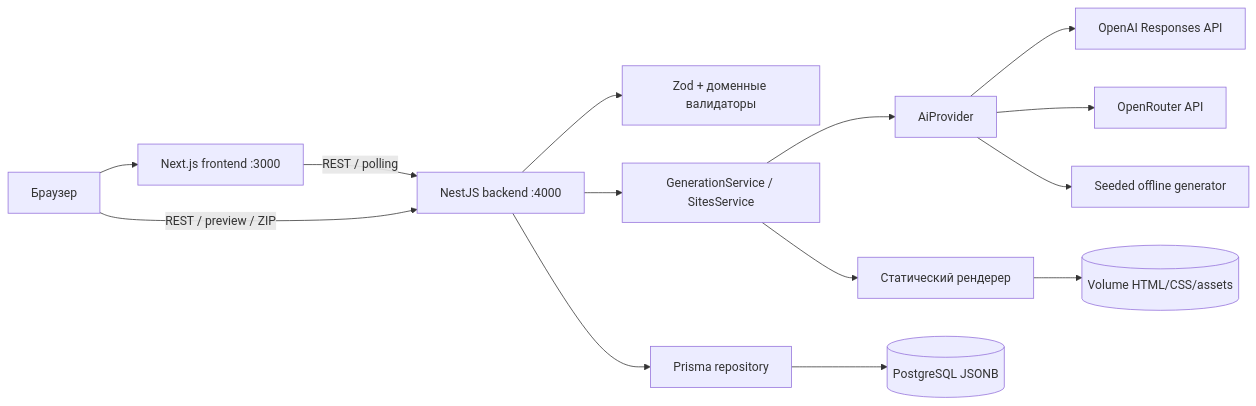
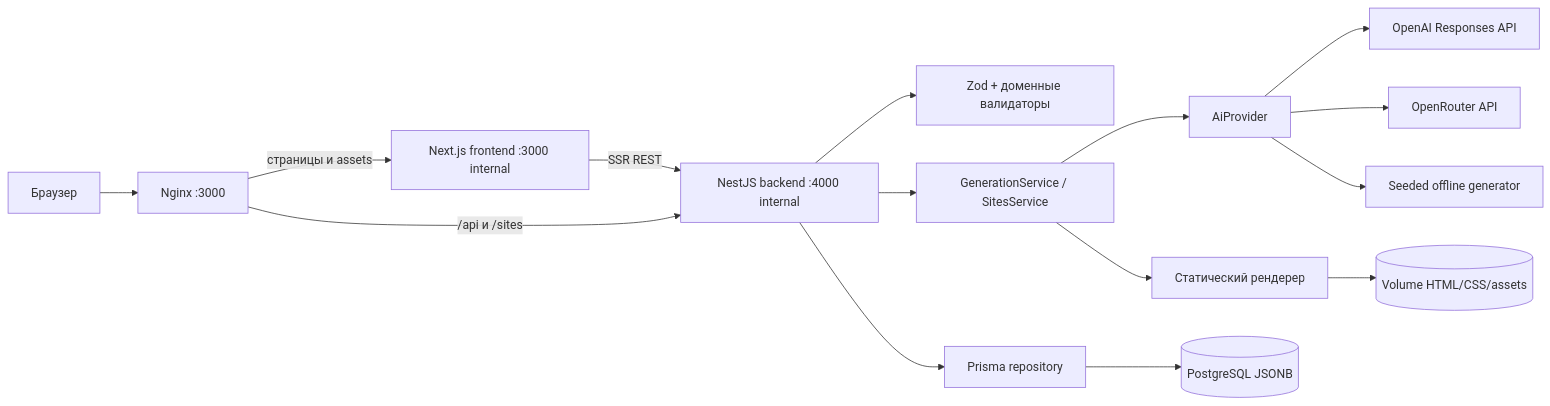
One commit to AndreyPiganov/company-creator changed the diagram in docs/architecture.md. Above: the diagram before and after it, drawn with Mermaid. The commit also changed other lines of this file and 8 other files, not shown here.

````diff
--- a/docs/architecture.md
+++ b/docs/architecture.md
@@ -5,16 +5,17 @@
 ```mermaid
 flowchart LR
-    Browser[Браузер] --> Frontend[Next.js frontend :3000]
-    Frontend -->|REST / polling| Backend[NestJS backend :4000]
-    Browser -->|REST / preview / ZIP| Backend
+    Browser[Браузер] --> Nginx[Nginx :3000]
+    Nginx -->|страницы и assets| Frontend[Next.js frontend :3000 internal]
+    Nginx -->|/api и /sites| Backend[NestJS backend :4000 internal]
+    Frontend -->|SSR REST| Backend
     Backend --> Domain[Zod + доменные валидаторы]
     Backend --> Jobs[GenerationService / SitesService]
     Jobs --> Providers[AiProvider]
     Providers --> OpenAI[OpenAI Responses API]
     Providers --> OpenRouter[OpenRouter API]
     Providers --> Offline[Seeded offline generator]
     Backend --> Repository[Prisma repository]
     Repository --> Postgres[(PostgreSQL JSONB)]
     Jobs --> Renderer[Статический рендерер]
     Renderer --> Artifacts[(Volume HTML/CSS/assets)]
 ```
````
